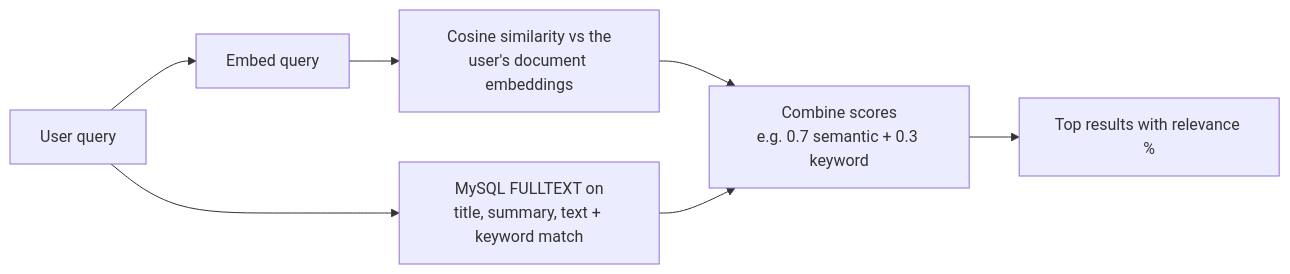
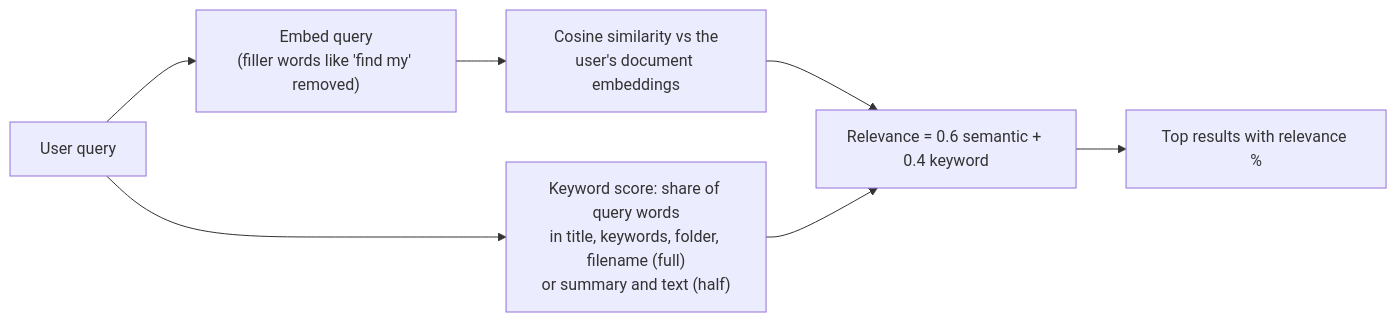
The third of 8 diagrams in docs/04-system-architecture.md (SebagatSelim/fileai), drawn with Mermaid before and after one commit. The commit also changed other lines of this file and 12 other files, not shown here.

````diff
--- a/docs/04-system-architecture.md
+++ b/docs/04-system-architecture.md
@@ -127,9 +137,9 @@
 ```mermaid
 flowchart LR
-    Q["User query"] --> E["Embed query"]
+    Q["User query"] --> E["Embed query<br/>(filler words like 'find my' removed)"]
     E --> S1["Cosine similarity vs the<br/>user's document embeddings"]
-    Q --> S2["MySQL FULLTEXT on<br/>title, summary, text + keyword match"]
-    S1 --> C["Combine scores<br/>e.g. 0.7 semantic + 0.3 keyword"]
+    Q --> S2["Keyword score: share of query words<br/>in title, keywords, folder, filename (full)<br/>or summary and text (half)"]
+    S1 --> C["Relevance = 0.6 semantic + 0.4 keyword"]
     S2 --> C
     C --> T["Top results with relevance %"]
 ```
````
